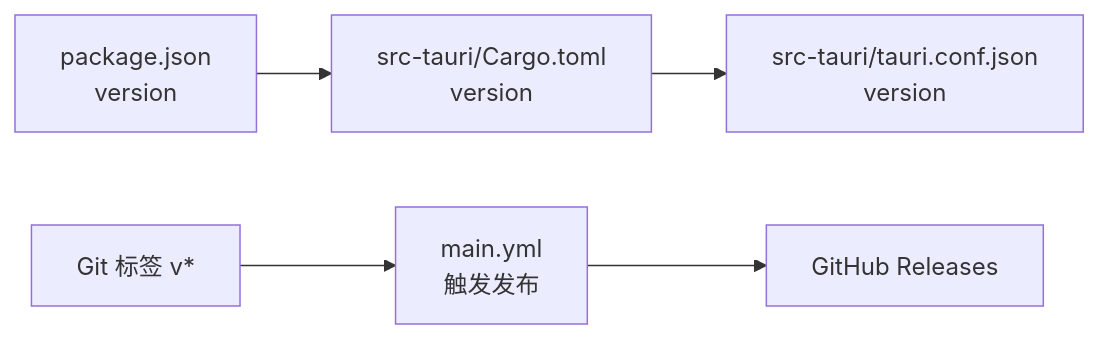
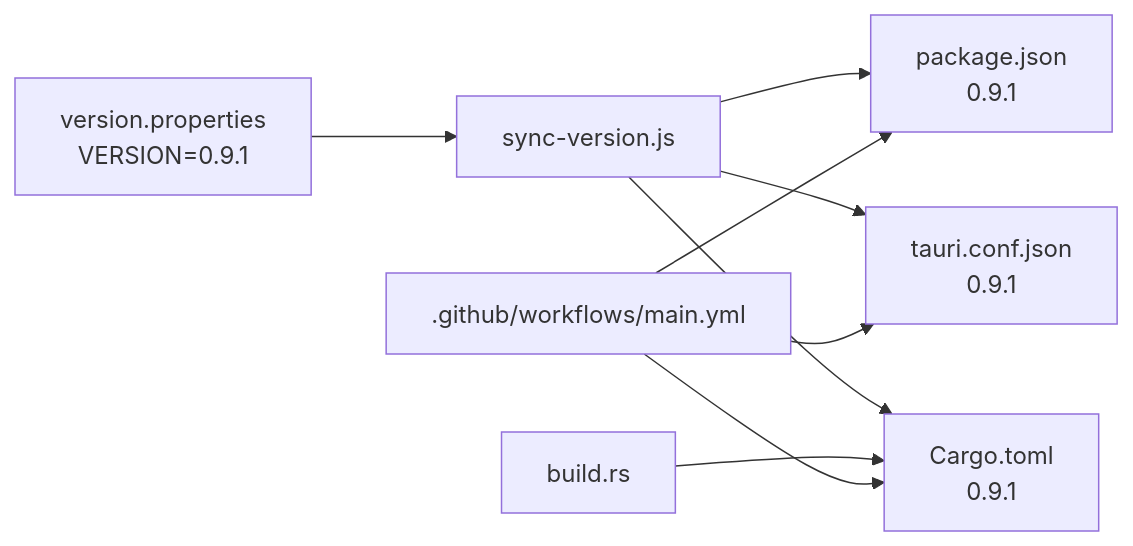
The third of 3 diagrams in doc/repowiki/zh/content/部署与发布/版本管理.md (YLee9527/Medex), drawn with Mermaid before and after one commit. The commit also changed other lines of this file and 31 other files, not shown here.

First line of the commit message:
docs(doc): 添加部署脚本、锁屏功能、发布指南及设置按钮图标文档

````diff
--- a/doc/repowiki/zh/content/部署与发布/版本管理.md
+++ b/doc/repowiki/zh/content/部署与发布/版本管理.md
@@ -245,7 +225,11 @@
 ```mermaid
 graph LR
-PJ["package.json<br/>version"] --> TC["src-tauri/Cargo.toml<br/>version"]
-TC --> TCONF["src-tauri/tauri.conf.json<br/>version"]
-TAG["Git 标签 v*"] --> ACT["main.yml<br/>触发发布"]
-ACT --> REL["GitHub Releases"]
+VP["version.properties<br/>VERSION=0.9.1"] --> SV["sync-version.js"]
+SV --> PJ["package.json<br/>0.9.1"]
+SV --> TC["tauri.conf.json<br/>0.9.1"]
+SV --> CT["Cargo.toml<br/>0.9.1"]
+BR["build.rs"] --> CT
+GH[".github/workflows/main.yml"] --> CT
+GH --> PJ
+GH --> TC
 ```
````
